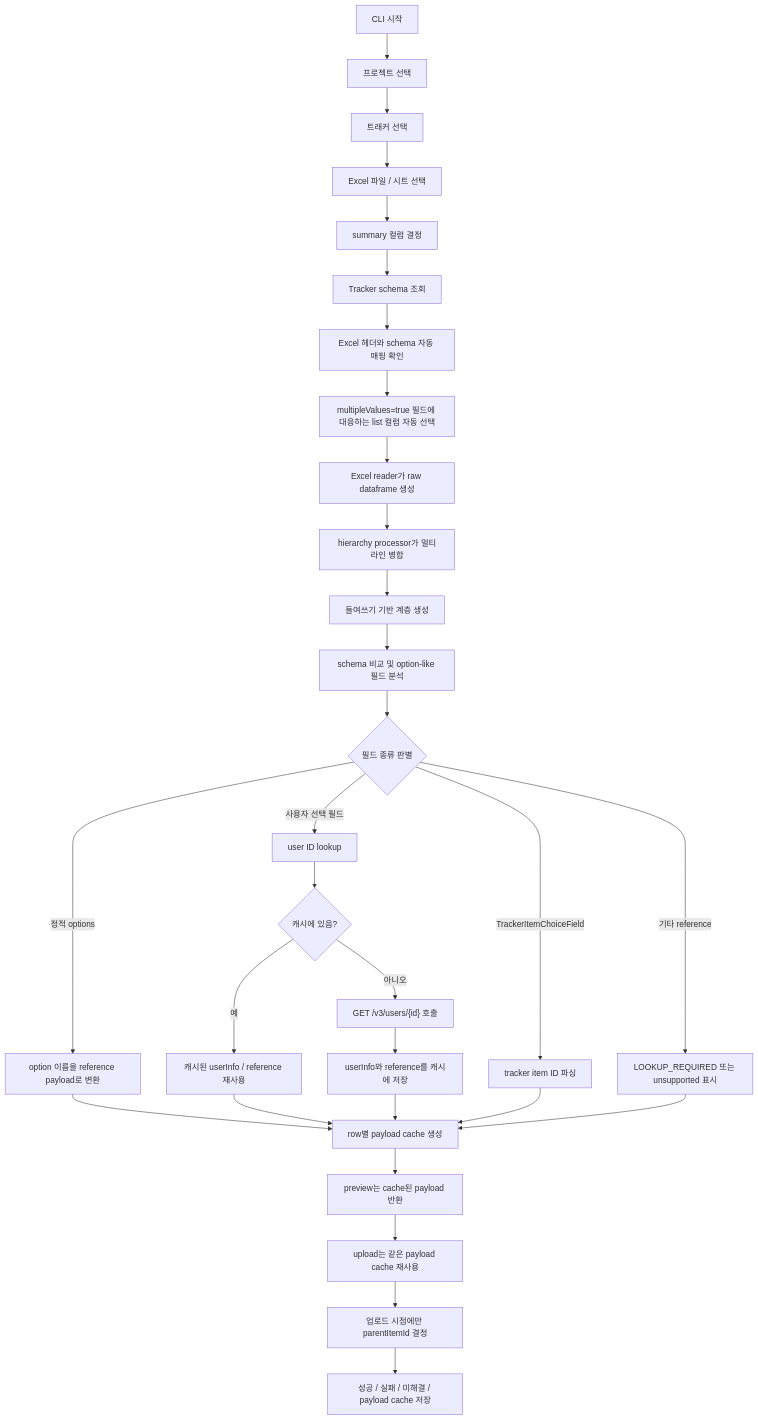
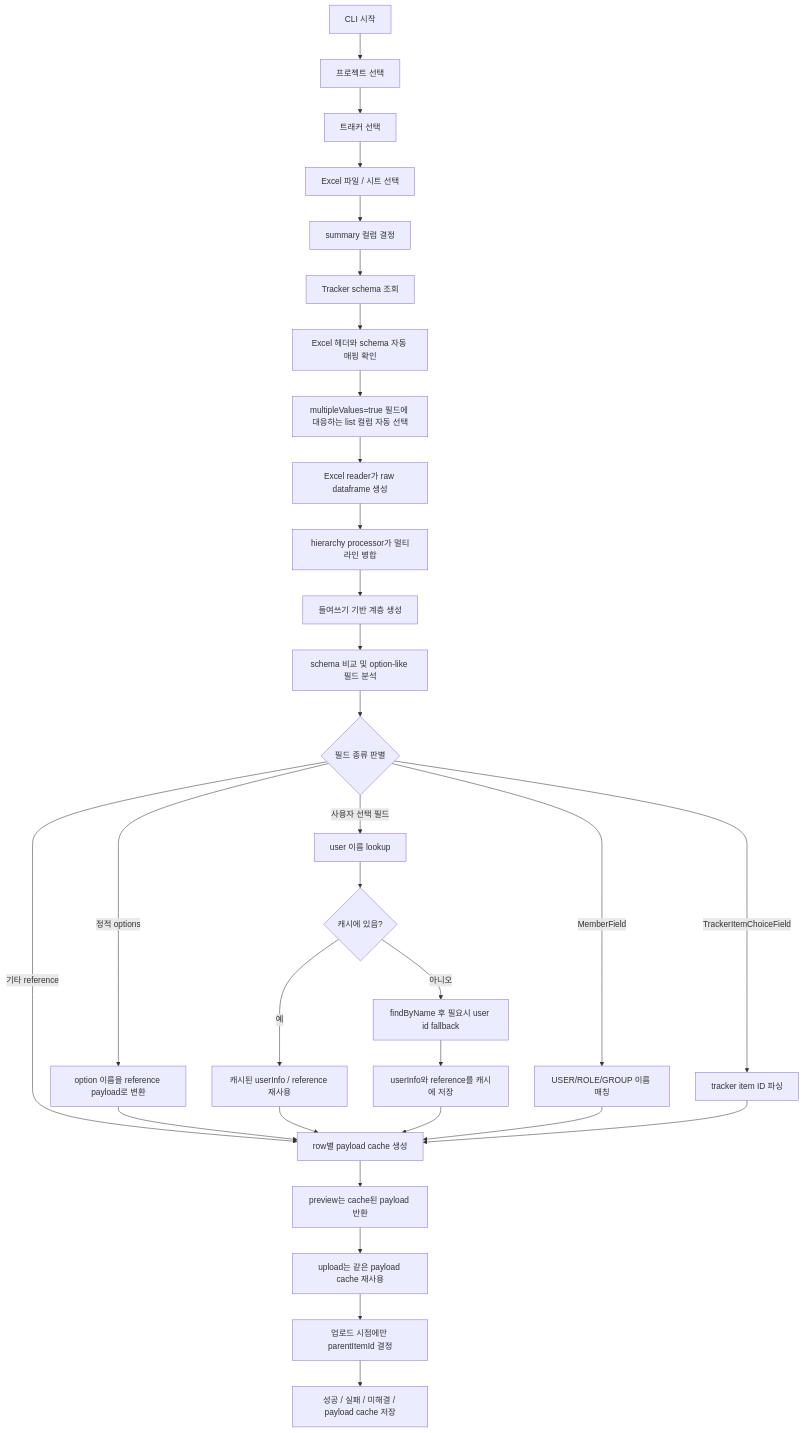
The diagram in docs/architecture.md (H-Wol/codebeamer-automation-suite), drawn with Mermaid before and after one commit. The commit also changed other lines of this file and 15 other files, not shown here.

First line of the commit message:
feat(mapping): MemberField 확장과 tracker item 파싱 규칙을 반영

````diff
--- a/docs/architecture.md
+++ b/docs/architecture.md
@@ -130,32 +136,33 @@
 ```mermaid
 flowchart TD
     A["CLI 시작"] --> B["프로젝트 선택"]
     B --> C["트래커 선택"]
     C --> D["Excel 파일 / 시트 선택"]
     D --> E["summary 컬럼 결정"]
     E --> F["Tracker schema 조회"]
     F --> G["Excel 헤더와 schema 자동 매핑 확인"]
     G --> H["multipleValues=true 필드에 대응하는 list 컬럼 자동 선택"]
     H --> I["Excel reader가 raw dataframe 생성"]
     I --> J["hierarchy processor가 멀티라인 병합"]
     J --> K["들여쓰기 기반 계층 생성"]
     K --> L["schema 비교 및 option-like 필드 분석"]
     L --> M{"필드 종류 판별"}
     M -->|정적 options| N["option 이름을 reference payload로 변환"]
-    M -->|사용자 선택 필드| O["user ID lookup"]
+    M -->|사용자 선택 필드| O["user 이름 lookup"]
     O --> P{"캐시에 있음?"}
     P -->|예| Q["캐시된 userInfo / reference 재사용"]
-    P -->|아니오| R["GET /v3/users/{id} 호출"]
+    P -->|아니오| R["findByName 후 필요시 user id fallback"]
     R --> S["userInfo와 reference를 캐시에 저장"]
-    M -->|TrackerItemChoiceField| T["tracker item ID 파싱"]
-    M -->|기타 reference| U["LOOKUP_REQUIRED 또는 unsupported 표시"]
+    M -->|MemberField| T["USER/ROLE/GROUP 이름 매칭"]
+    M -->|TrackerItemChoiceField| U["tracker item ID 파싱"]
+    M -->|기타 reference| V["LOOKUP_REQUIRED 또는 unsupported 표시"]
     N --> V["row별 payload cache 생성"]
     Q --> V
     S --> V
     T --> V
     U --> V
     V --> W["preview는 cache된 payload 반환"]
     W --> X["upload는 같은 payload cache 재사용"]
     X --> Y["업로드 시점에만 parentItemId 결정"]
     Y --> Z["성공 / 실패 / 미해결 / payload cache 저장"]
 ```
````
